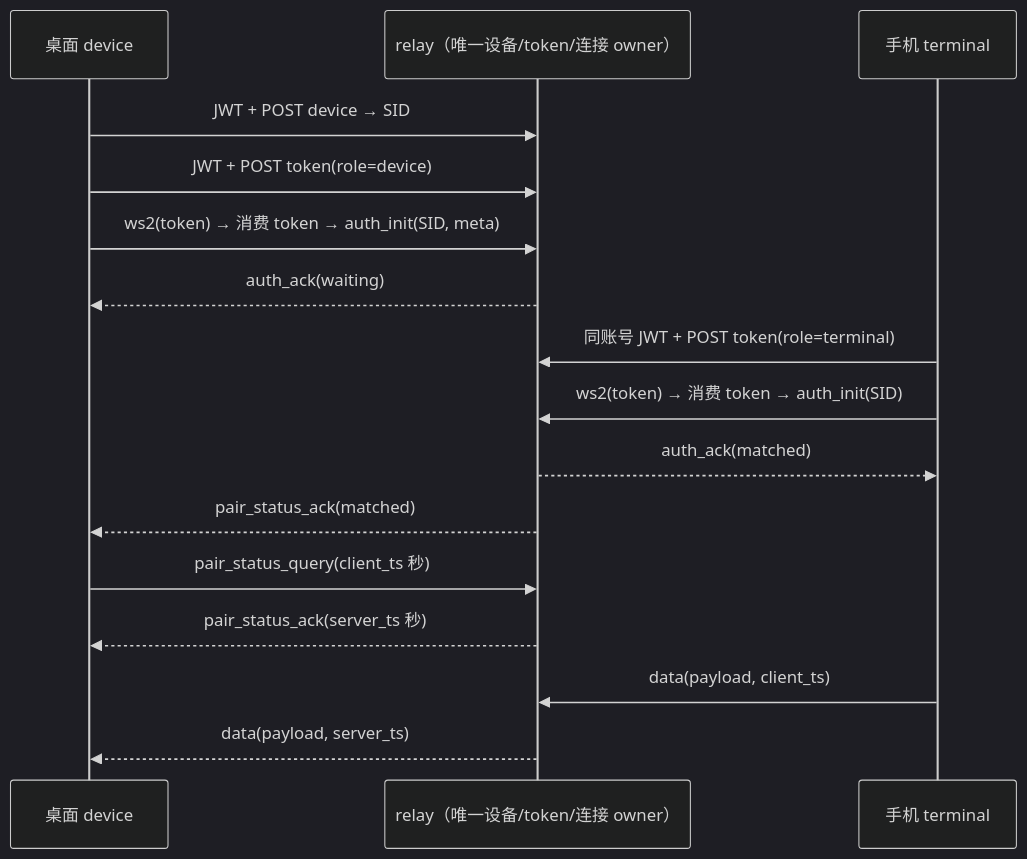
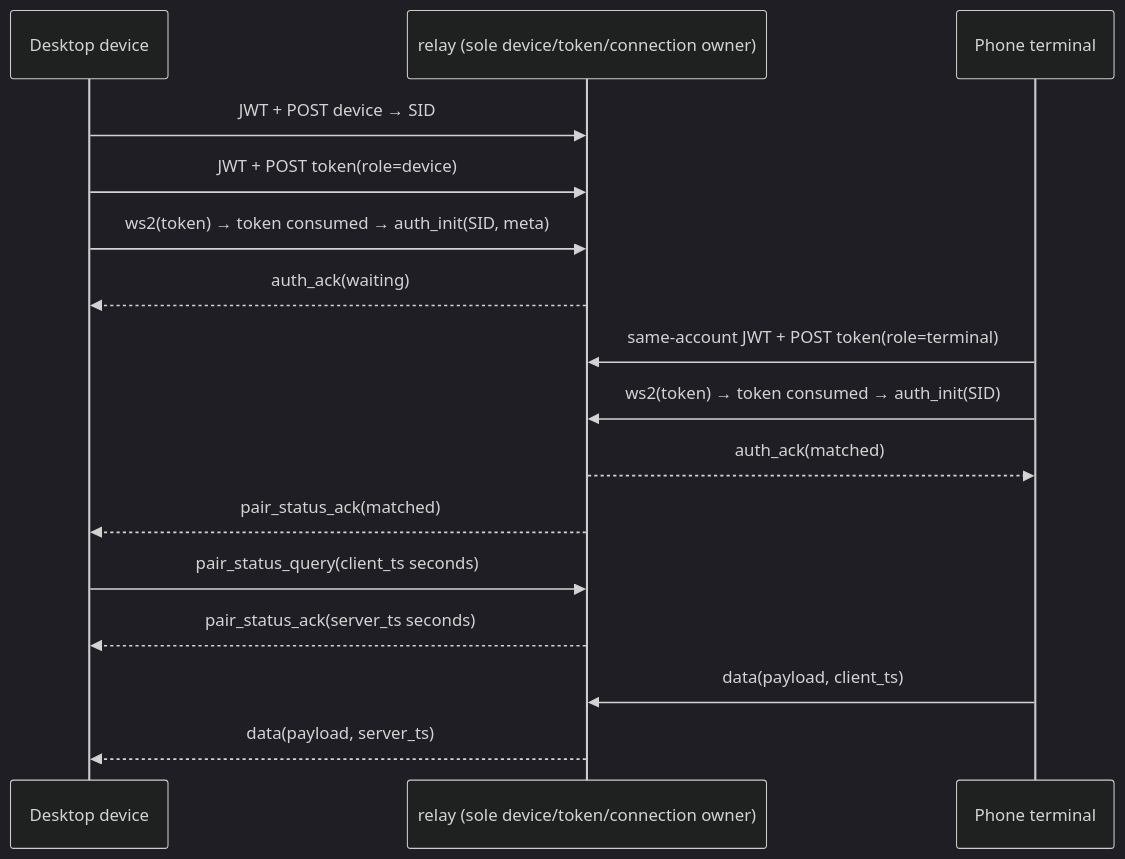
The first of 6 diagrams in docs/web-remote-control/relay-v2-pairing.md (osben/ZCode), drawn with Mermaid (dark theme) before and after one commit. The commit also changed other lines of this file and 11 other files, not shown here.

````diff
--- a/docs/web-remote-control/relay-v2-pairing.md
+++ b/docs/web-remote-control/relay-v2-pairing.md
@@ -44,18 +75,18 @@
 ```mermaid
 sequenceDiagram
-    participant D as 桌面 device
-    participant R as relay（唯一设备/token/连接 owner）
-    participant T as 手机 terminal
+    participant D as Desktop device
+    participant R as relay (sole device/token/connection owner)
+    participant T as Phone terminal
     D->>R: JWT + POST device → SID
     D->>R: JWT + POST token(role=device)
-    D->>R: ws2(token) → 消费 token → auth_init(SID, meta)
+    D->>R: ws2(token) → token consumed → auth_init(SID, meta)
     R-->>D: auth_ack(waiting)
-    T->>R: 同账号 JWT + POST token(role=terminal)
-    T->>R: ws2(token) → 消费 token → auth_init(SID)
+    T->>R: same-account JWT + POST token(role=terminal)
+    T->>R: ws2(token) → token consumed → auth_init(SID)
     R-->>T: auth_ack(matched)
     R-->>D: pair_status_ack(matched)
-    D->>R: pair_status_query(client_ts 秒)
-    R-->>D: pair_status_ack(server_ts 秒)
+    D->>R: pair_status_query(client_ts seconds)
+    R-->>D: pair_status_ack(server_ts seconds)
     T->>R: data(payload, client_ts)
     R-->>D: data(payload, server_ts)
 ```
````
